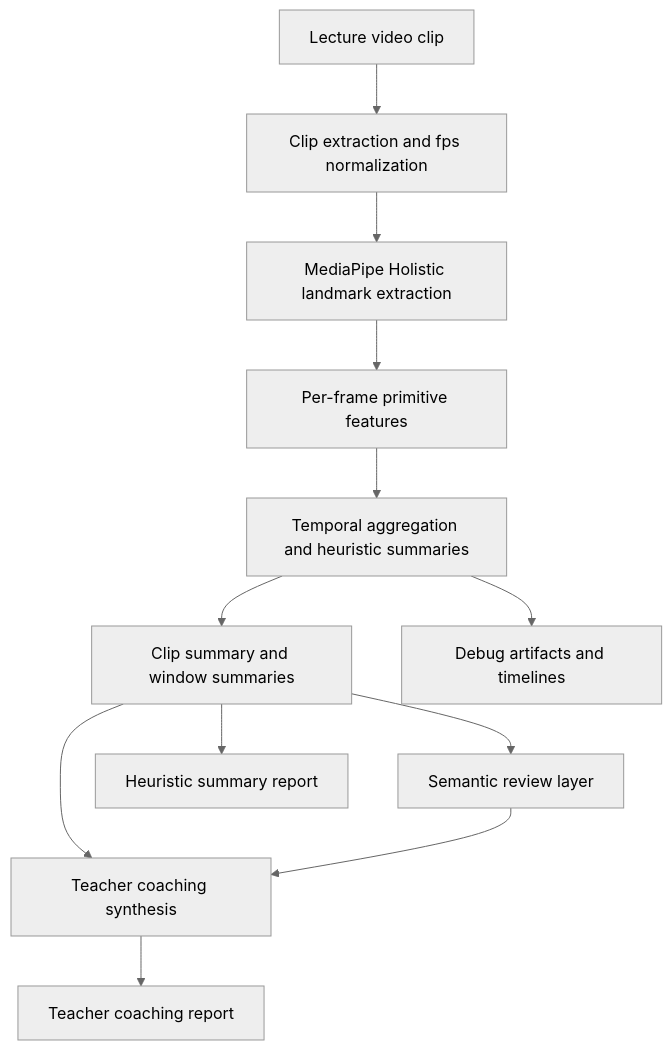
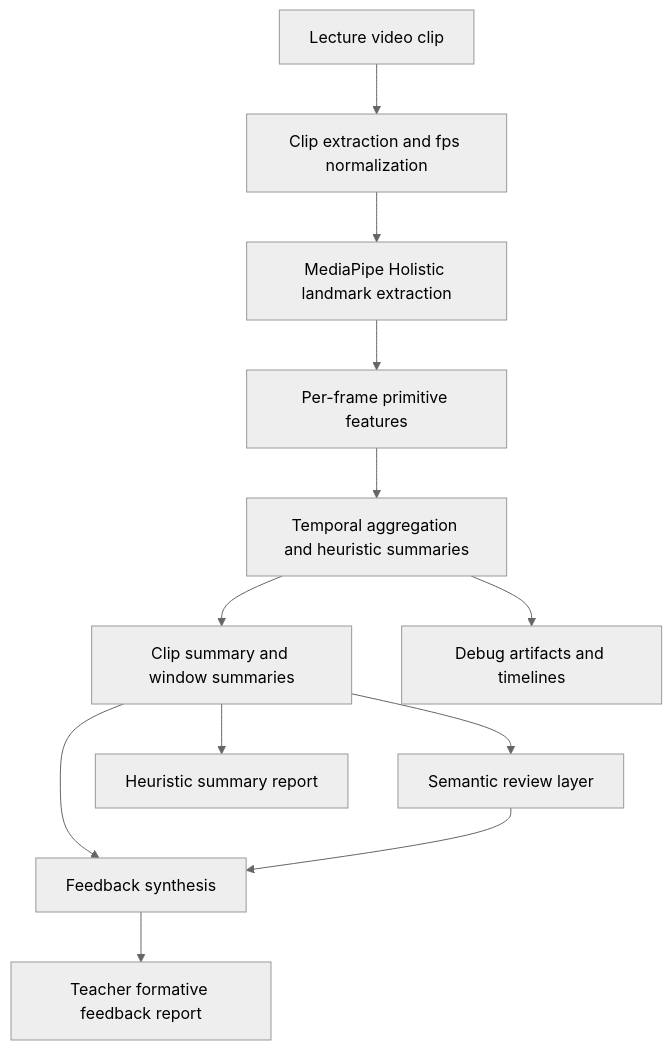
Before and after one commit to kv-248/TeacherEvaluation: the first of 9 diagrams in docs/thesis_research_report.md, drawn with Mermaid (neutral theme). The commit also changed other lines of this file and 8 other files, not shown here.

````diff
--- a/docs/thesis_research_report.md
+++ b/docs/thesis_research_report.md
@@ -145,14 +121,14 @@
 ```mermaid
 flowchart TD
     A[Lecture video clip] --> B[Clip extraction and fps normalization]
     B --> C[MediaPipe Holistic landmark extraction]
     C --> D[Per-frame primitive features]
     D --> E[Temporal aggregation and heuristic summaries]
     E --> F[Clip summary and window summaries]
     F --> G[Semantic review layer]
-    F --> H[Teacher coaching synthesis]
+    F --> H[Feedback synthesis]
     G --> H
-    H --> I[Teacher coaching report]
+    H --> I[Teacher formative feedback report]
     F --> J[Heuristic summary report]
     E --> K[Debug artifacts and timelines]
 ```
````
